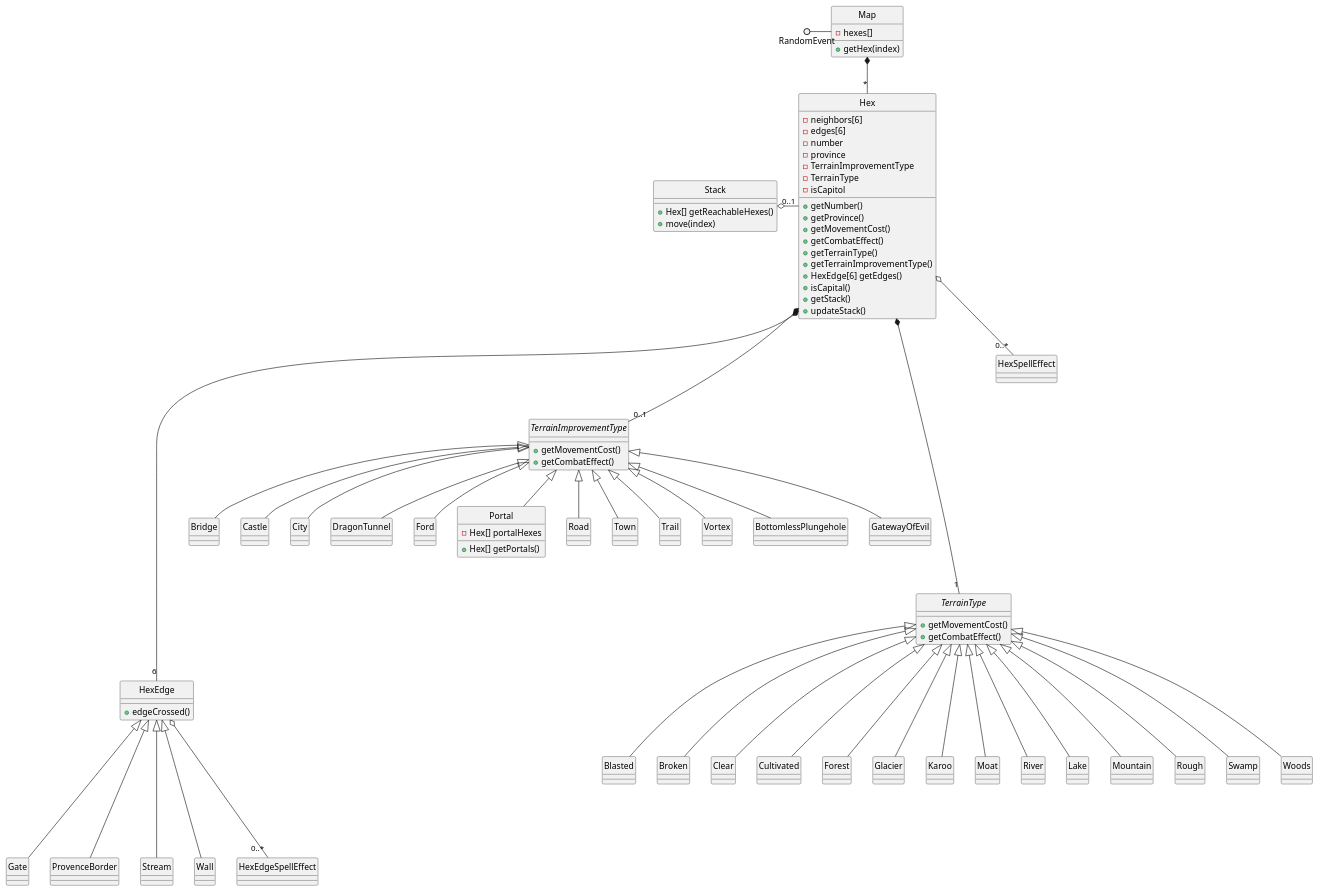
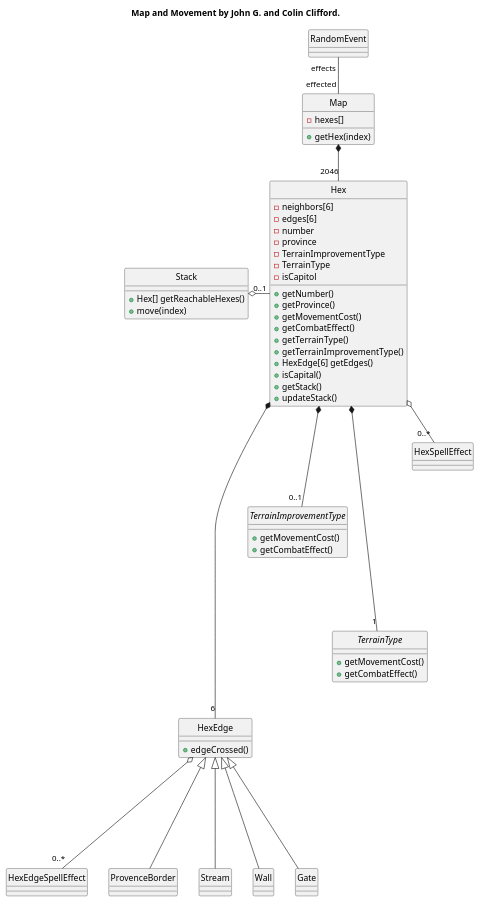
The diagram in doc/hw3/B/ClassDiagrams/Map.pu (cjeffery/sworsorc), drawn with PlantUML before and after one commit. The commit also changed 1 other file, not shown here.

Commit message:
B: remove redundancy between Map.pu and TerrainClasses.pu

```diff
--- a/doc/hw3/B/ClassDiagrams/Map.pu
+++ b/doc/hw3/B/ClassDiagrams/Map.pu
@@ -1,129 +1,70 @@
 @startuml
+title Map and Movement by John G. and Colin Clifford.
 hide circle
 
 class Map {
 -hexes[]
 +getHex(index)
 }
 
 class Hex {
 -neighbors[6]
 -edges[6]
 -number
 -province
 -TerrainImprovementType
 -TerrainType
 -isCapitol
 +getNumber()
 +getProvince()
 +getMovementCost()
 +getCombatEffect()
 +getTerrainType()
 +getTerrainImprovementType()
 +HexEdge[6] getEdges()
 +isCapital()
 +getStack()
 +updateStack()
 }
 
 class Stack {
 	+Hex[] getReachableHexes()
 	+move(index)
 }
 
 class HexEdge {
 +edgeCrossed()
 }
 
 interface TerrainImprovementType {
 +getMovementCost()
 +getCombatEffect()
 }
 
 interface TerrainType {
 +getMovementCost()
 +getCombatEffect()
 }
 
-class Blasted
-class Bridge
-class Gate
-class Broken
-class Castle
-class City
-class Clear
-class Cultivated
-class DragonTunnel
-class Ford
-class Forest
-class Glacier
-class Karoo
-class Moat
-class River
-class Lake
-class Mountain
-class Portal {
-    -Hex[] portalHexes
-    +Hex[] getPortals()
-}
-class ProvenceBorder
-class Road
-class Rough
-class Stream
-class Swamp
-class Town
-class Trail
-class Vortex
-class Wall
-class Woods
-class BottomlessPlungehole
-class GatewayOfEvil
 class HexEdgeSpellEffect
 class     HexSpellEffect
 
-RandomEvent ()- Map
+RandomEvent "effects" -- "effected" Map
 
 
-Map *-- "*" Hex
+Map *-- "2046" Hex
 Stack "0..1" o- Hex
 
 
 Hex *----- "1" TerrainType
 Hex *--- "0..1" TerrainImprovementType
 Hex *------ "6" HexEdge 
 Hex o-- "0..*" HexSpellEffect
 
-TerrainImprovementType <|-- Bridge
-TerrainImprovementType <|-- Castle
-TerrainImprovementType <|-- City
-TerrainImprovementType <|-- DragonTunnel
-TerrainImprovementType <|-- Ford
-TerrainImprovementType <|-- Portal
-TerrainImprovementType <|-- Road
-TerrainImprovementType <|-- Town
-TerrainImprovementType <|-- Trail
-TerrainImprovementType <|-- Vortex
-TerrainImprovementType <|-- BottomlessPlungehole
-TerrainImprovementType <|-- GatewayOfEvil
-
-TerrainType <|--- Blasted
-TerrainType <|--- Broken
-TerrainType <|--- Clear
-TerrainType <|--- Cultivated
-TerrainType <|--- Forest
-TerrainType <|--- Glacier
-TerrainType <|--- Karoo
-TerrainType <|--- River
-TerrainType <|--- Lake
-TerrainType <|--- Moat
-TerrainType <|--- Mountain
-TerrainType <|--- Rough
-TerrainType <|--- Swamp
-TerrainType <|--- Woods
 
 HexEdge <|---- ProvenceBorder
 HexEdge <|---- Stream
 HexEdge <|---- Wall
 HexEdge  o---- "0..*" HexEdgeSpellEffect
 HexEdge <|---- Gate
 @enduml
```
